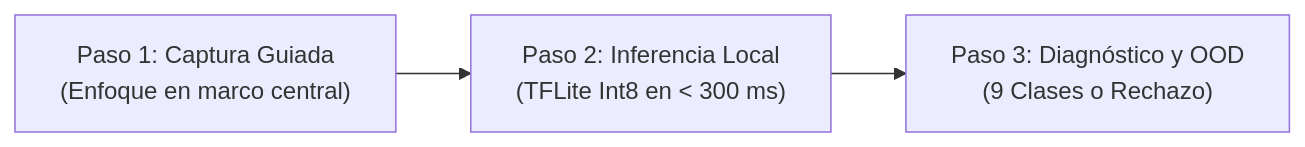
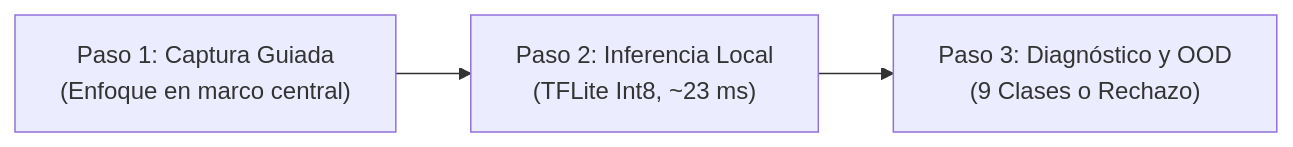
One commit to daiv05/maize-doctor-classifier changed the first of 2 diagrams in docs/es/guia/index.md. Above: the diagram before and after it, drawn with Mermaid. The commit also changed other lines of this file and 80 other files, not shown here.

````diff
--- a/docs/es/guia/index.md
+++ b/docs/es/guia/index.md
@@ -92,5 +92,5 @@
 ```mermaid
 flowchart LR
-    A["Paso 1: Captura Guiada<br>(Enfoque en marco central)"] --> B["Paso 2: Inferencia Local<br>(TFLite Int8 en &lt; 300 ms)"]
+    A["Paso 1: Captura Guiada<br>(Enfoque en marco central)"] --> B["Paso 2: Inferencia Local<br>(TFLite Int8, ~23 ms)"]
     B --> C["Paso 3: Diagnóstico y OOD<br>(9 Clases o Rechazo)"]
 ```
````
